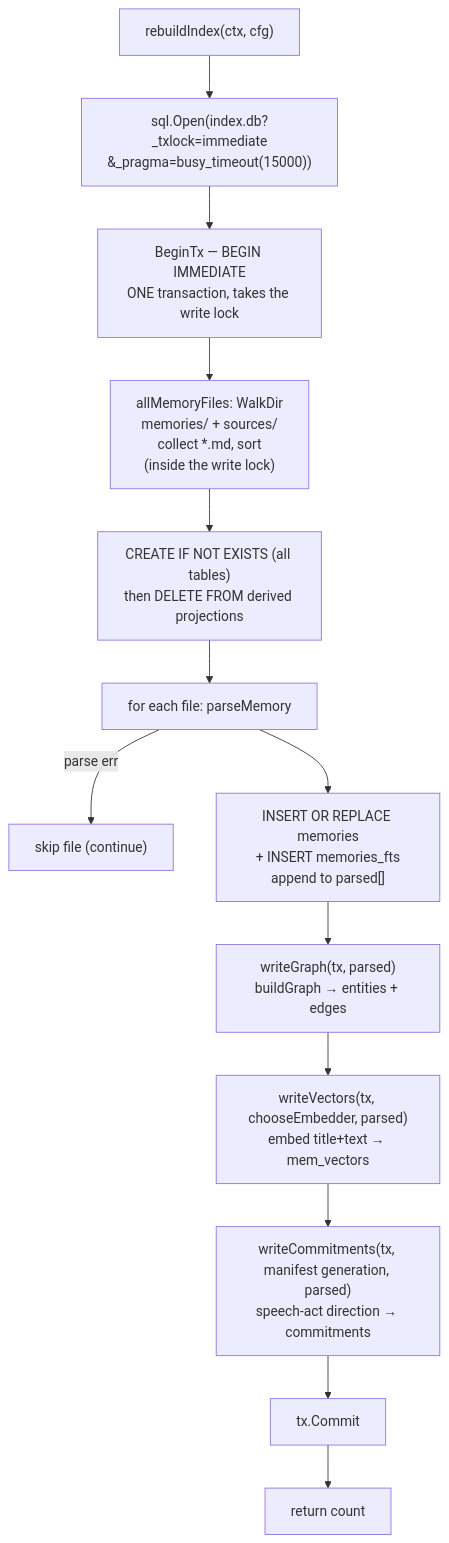
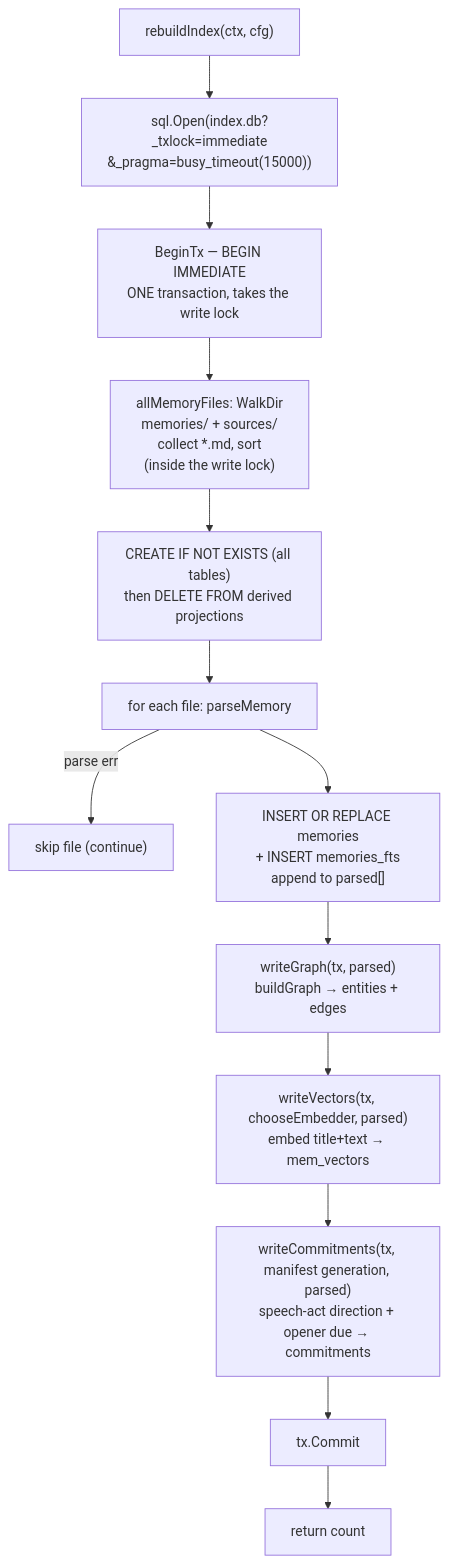
Before and after one commit to pyranthus-hq/mora: the fourth of 4 diagrams in docs/architecture/01-data-model-and-storage.md, drawn with Mermaid. The commit also changed other lines of this file and 14 other files, not shown here.

First line of the commit message:
feat(commitments): type due-time evidence

````diff
--- a/docs/architecture/01-data-model-and-storage.md
+++ b/docs/architecture/01-data-model-and-storage.md
@@ -225,15 +225,15 @@
 ```mermaid
 flowchart TD
     START["rebuildIndex(ctx, cfg)"] --> OPEN["sql.Open(index.db?_txlock=immediate<br/>&_pragma=busy_timeout(15000))"]
     OPEN --> TX["BeginTx — BEGIN IMMEDIATE<br/>ONE transaction, takes the write lock"]
     TX --> WALK["allMemoryFiles: WalkDir<br/>memories/ + sources/<br/>collect *.md, sort<br/>(inside the write lock)"]
     WALK --> DDL["CREATE IF NOT EXISTS (all tables)<br/>then DELETE FROM derived projections"]
     DDL --> LOOP["for each file: parseMemory"]
     LOOP -->|"parse err"| SKIPF["skip file (continue)"]
     LOOP --> INS["INSERT OR REPLACE memories<br/>+ INSERT memories_fts<br/>append to parsed[]"]
     INS --> GRAPH["writeGraph(tx, parsed)<br/>buildGraph → entities + edges"]
     GRAPH --> VEC["writeVectors(tx, chooseEmbedder, parsed)<br/>embed title+text → mem_vectors"]
-    VEC --> OBL["writeCommitments(tx, manifest generation, parsed)<br/>speech-act direction → commitments"]
+    VEC --> OBL["writeCommitments(tx, manifest generation, parsed)<br/>speech-act direction + opener due → commitments"]
     OBL --> COMMIT["tx.Commit"]
     COMMIT --> N["return count"]
 ```
````
